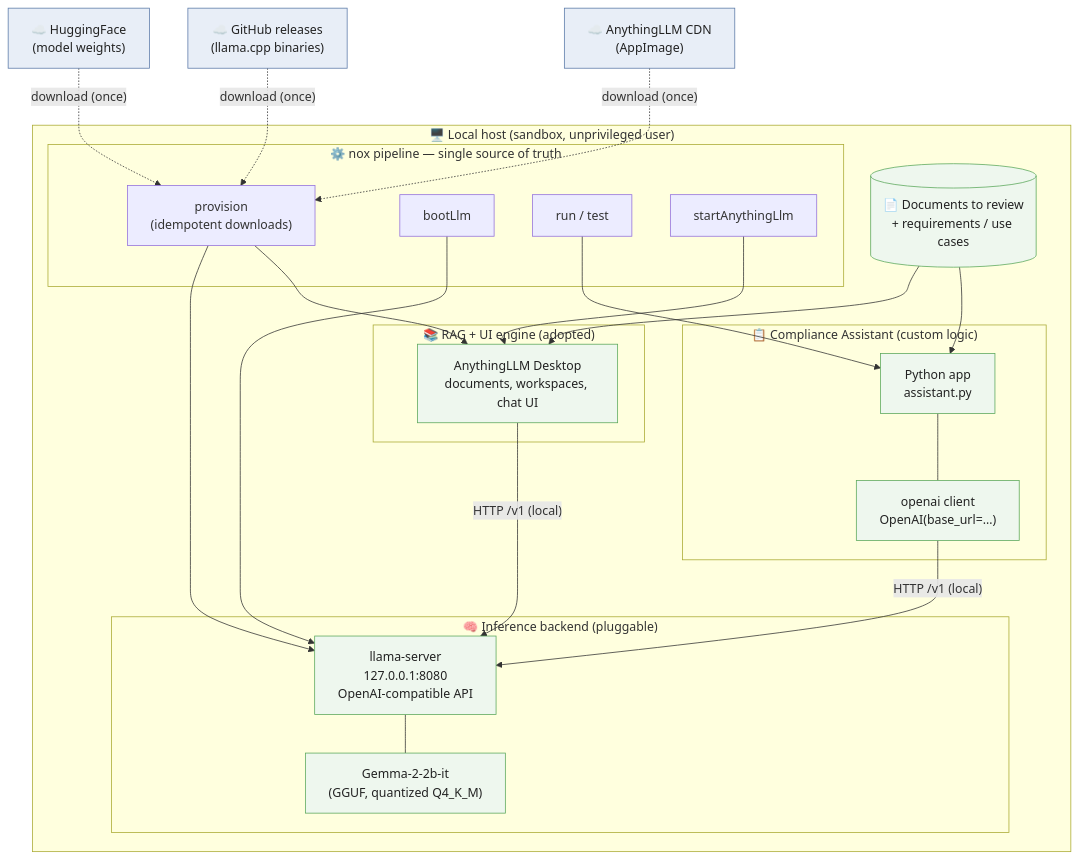
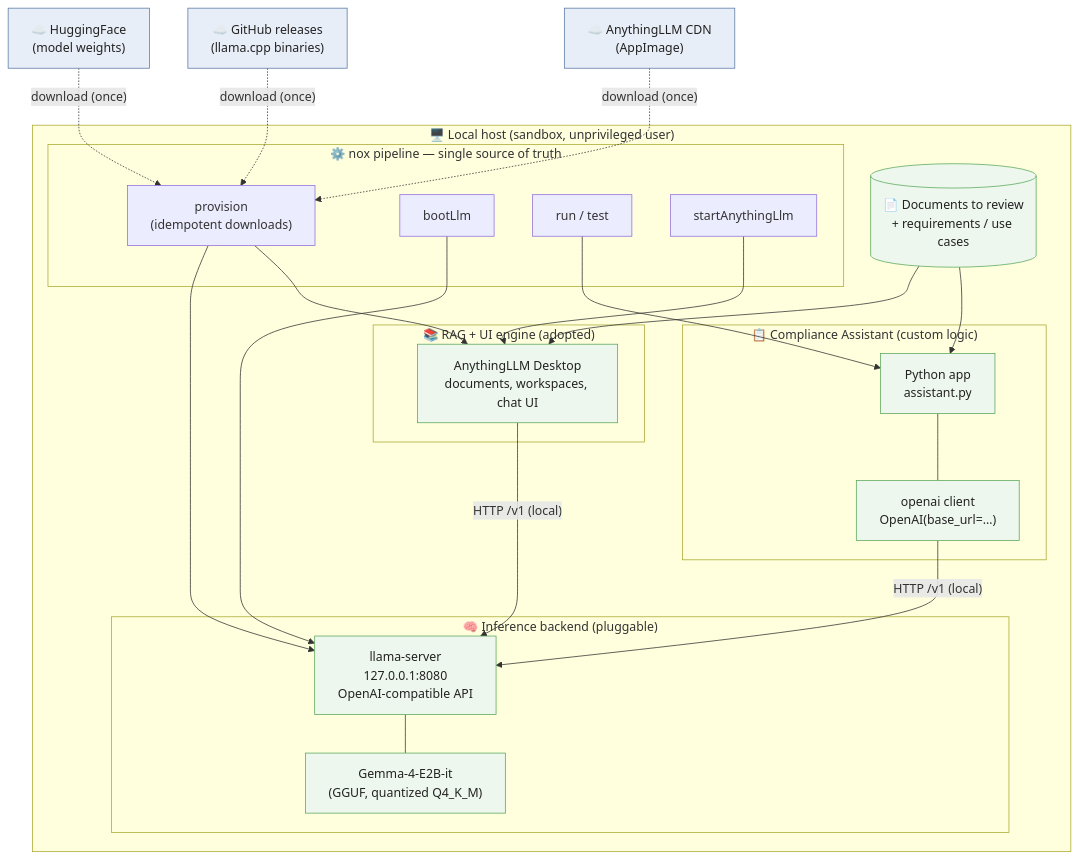
Before and after one commit to stutek/LocalCounsel: the first of 4 diagrams in docs/ARCHITECTURE.md, drawn with Mermaid. The commit also changed 24 other files, not shown here.

````diff
--- a/docs/ARCHITECTURE.md
+++ b/docs/ARCHITECTURE.md
@@ -29,53 +29,53 @@
 ```mermaid
 graph TB
     subgraph Host["🖥️ Local host (sandbox, unprivileged user)"]
         subgraph Pipeline["⚙️ nox pipeline — single source of truth"]
             PROV["provision<br/>(idempotent downloads)"]
             BOOT["bootLlm"]
             RUNT["run / test"]
             UIT["startAnythingLlm"]
         end
 
         subgraph Inference["🧠 Inference backend (pluggable)"]
             LS["llama-server<br/>127.0.0.1:8080<br/>OpenAI-compatible API"]
-            GG["Gemma-2-2b-it<br/>(GGUF, quantized Q4_K_M)"]
+            GG["Gemma-4-E2B-it<br/>(GGUF, quantized Q4_K_M)"]
             LS --- GG
         end
 
         subgraph App["📋 Compliance Assistant (custom logic)"]
             KT["Python app<br/>assistant.py"]
             L4J["openai client<br/>OpenAI(base_url=…)"]
             KT --- L4J
         end
 
         subgraph RAG["📚 RAG + UI engine (adopted)"]
             ALM["AnythingLLM Desktop<br/>documents, workspaces, chat UI"]
         end
 
         DOCS[("📄 Documents to review<br/>+ requirements / use cases")]
     end
 
     HF["☁️ HuggingFace<br/>(model weights)"]
     GH["☁️ GitHub releases<br/>(llama.cpp binaries)"]
     CDN["☁️ AnythingLLM CDN<br/>(AppImage)"]
 
     HF -. "download (once)" .-> PROV
     GH -. "download (once)" .-> PROV
     CDN -. "download (once)" .-> PROV
 
     PROV --> LS
     PROV --> ALM
     BOOT --> LS
     RUNT --> KT
     UIT --> ALM
 
     L4J -->|"HTTP /v1 (local)"| LS
     ALM -->|"HTTP /v1 (local)"| LS
     DOCS --> ALM
     DOCS --> KT
 
     classDef cloud fill:#e8eef7,stroke:#5b7aa8,color:#222;
     classDef local fill:#eef7ee,stroke:#5ba85b,color:#222;
     class HF,GH,CDN cloud;
     class LS,GG,KT,L4J,ALM,DOCS local;
 ```
````
